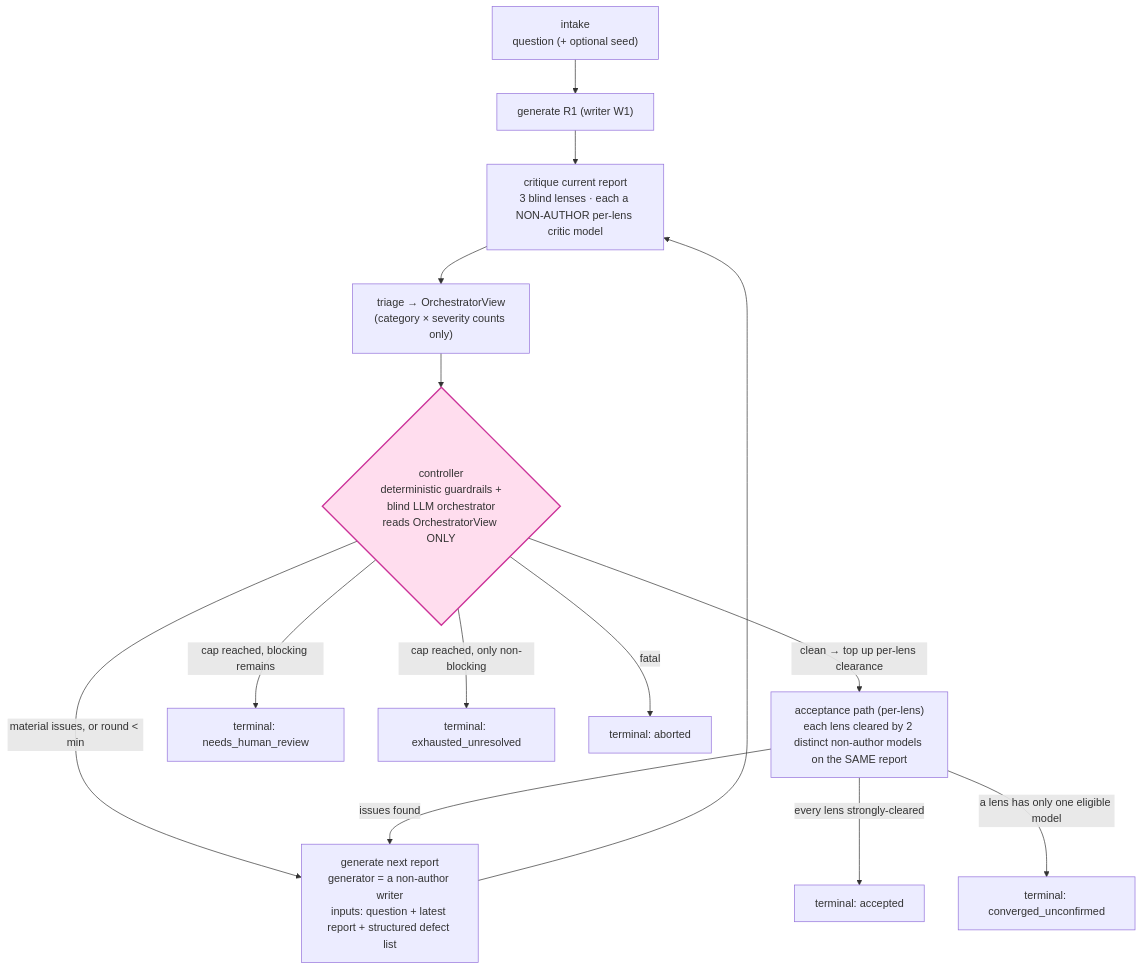
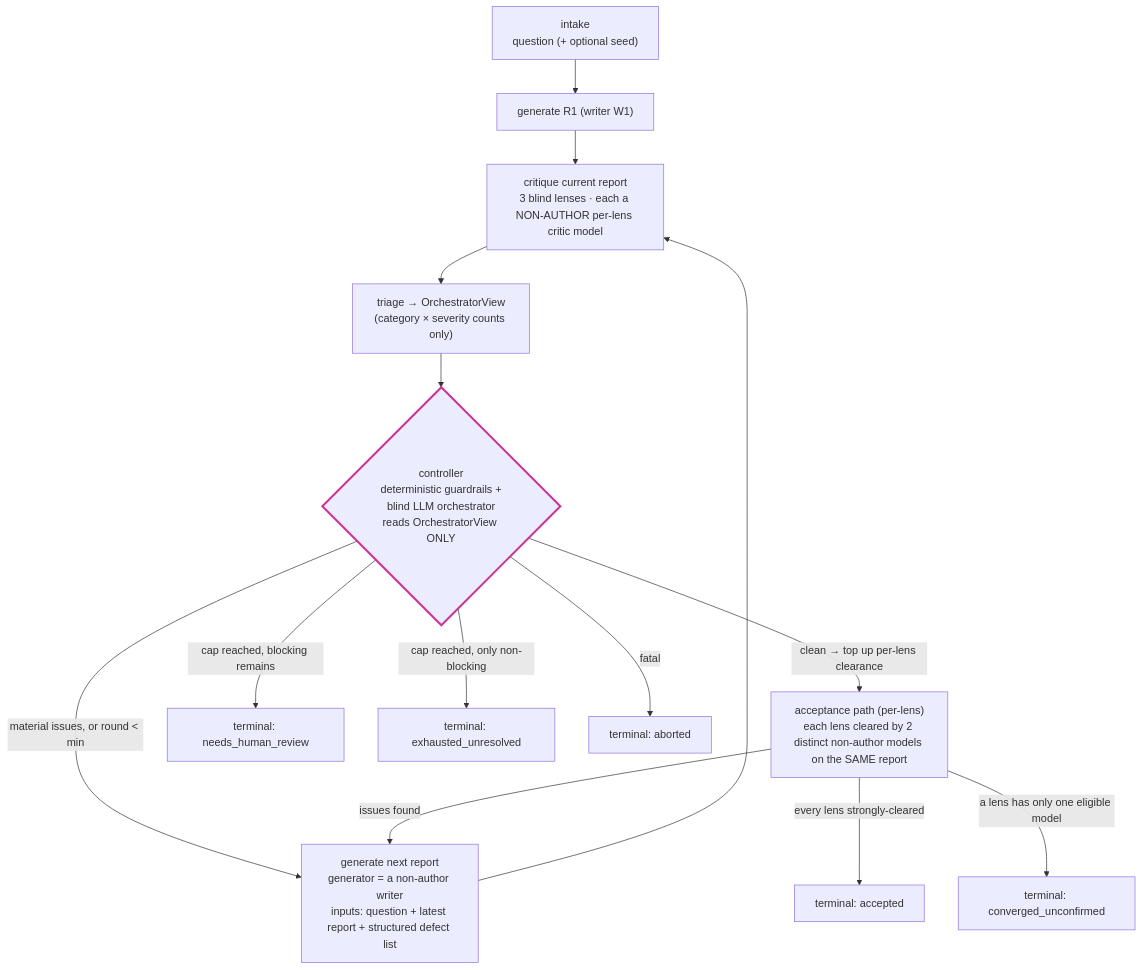
One commit to NickBorgers/reasonable-answer changed the diagram in docs/DESIGN.md. Above: the diagram before and after it, drawn with Mermaid. The commit also changed other lines of this file and 15 other files, not shown here.

````diff
--- a/docs/DESIGN.md
+++ b/docs/DESIGN.md
@@ -100,19 +101,21 @@
 ```mermaid
 flowchart TD
     IN["intake<br/>question (+ optional seed)"] --> G1["generate R1 (writer W1)"]
     G1 --> CRIT["critique current report<br/>3 blind lenses · each a NON-AUTHOR per-lens critic model"]
     CRIT --> SUM["triage → OrchestratorView<br/>(category × severity counts only)"]
     SUM --> CTRL{"controller<br/>deterministic guardrails +<br/>blind LLM orchestrator<br/>reads OrchestratorView ONLY"}
     CTRL -->|"material issues, or round &lt; min"| GEN["generate next report<br/>generator = a non-author writer<br/>inputs: question + latest report + structured defect list"]
     GEN --> CRIT
     CTRL -->|"clean → top up per-lens clearance"| CONF["acceptance path (per-lens)<br/>each lens cleared by 2 distinct non-author models on the SAME report"]
     CONF -->|"every lens strongly-cleared"| ACC["terminal: accepted"]
     CONF -->|"a lens has only one eligible model"| CU["terminal: converged_unconfirmed"]
     CONF -->|issues found| GEN
     CTRL -->|"cap reached, blocking remains"| NHR["terminal: needs_human_review"]
     CTRL -->|"cap reached, only non-blocking"| EXH["terminal: exhausted_unresolved"]
     CTRL -->|fatal| AB["terminal: aborted"]
 
-    classDef blind fill:#fde,stroke:#c39,stroke-width:2px;
+    %% Stroke only, no fill — see the note in isolation.md: a hard-coded pale fill goes
+    %% unreadable in dark mode, where the label colour flips but the fill does not.
+    classDef blind stroke:#c39,stroke-width:3px;
     class CTRL blind;
 ```
````
